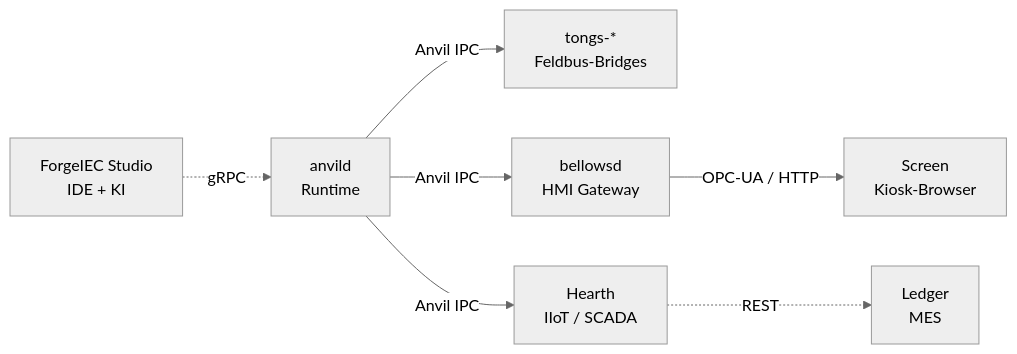
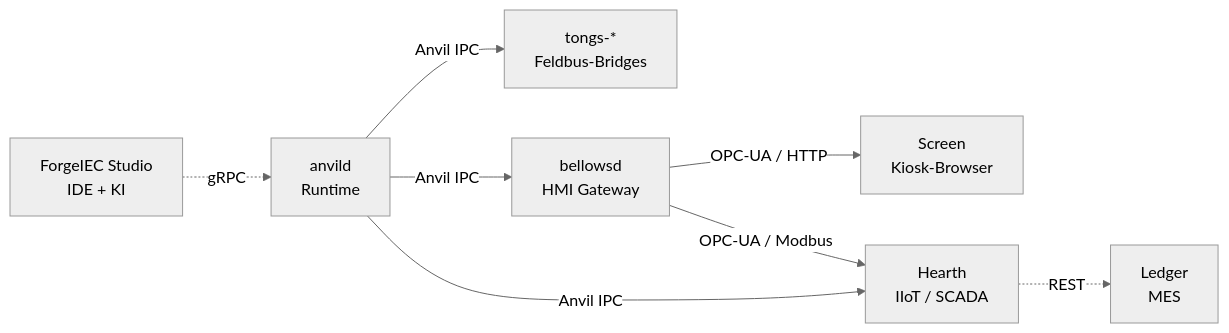
The diagram in content/de/plattform/_index.md (Beerlesklopfer/forgeiec-website), drawn with Mermaid (neutral theme) before and after one commit. The commit also changed 1 other file, not shown here.

Commit message:
fix(plattform): bellowsd -> Hearth Verbindung im Architektur-Diagramm
Hearth subscribed nicht nur Anvil-IPC von anvild, sondern auch OPC-UA
+ Modbus von bellowsd. SCADA-Layer holt sich HMI-relevante Daten ueber
beide Wege: rohe Prozessdaten via Anvil-IPC, HMI-aggregierte Daten via
bellowsd-Gateway.

````diff
--- a/content/de/plattform/_index.md
+++ b/content/de/plattform/_index.md
@@ -117,17 +117,18 @@
 ```mermaid
 flowchart LR
     Studio[ForgeIEC Studio<br/>IDE + KI]
     Anvild[anvild<br/>Runtime]
     Bridges["tongs-*<br/>Feldbus-Bridges"]
     Bellows[bellowsd<br/>HMI Gateway]
     Screen[Screen<br/>Kiosk-Browser]
     Hearth[Hearth<br/>IIoT / SCADA]
     Ledger[Ledger<br/>MES]
 
     Studio -.->|gRPC| Anvild
     Anvild -->|Anvil IPC| Bridges
     Anvild -->|Anvil IPC| Bellows
     Bellows -->|OPC-UA / HTTP| Screen
     Anvild -->|Anvil IPC| Hearth
+    Bellows -->|OPC-UA / Modbus| Hearth
     Hearth -.->|REST| Ledger
 ```
````
